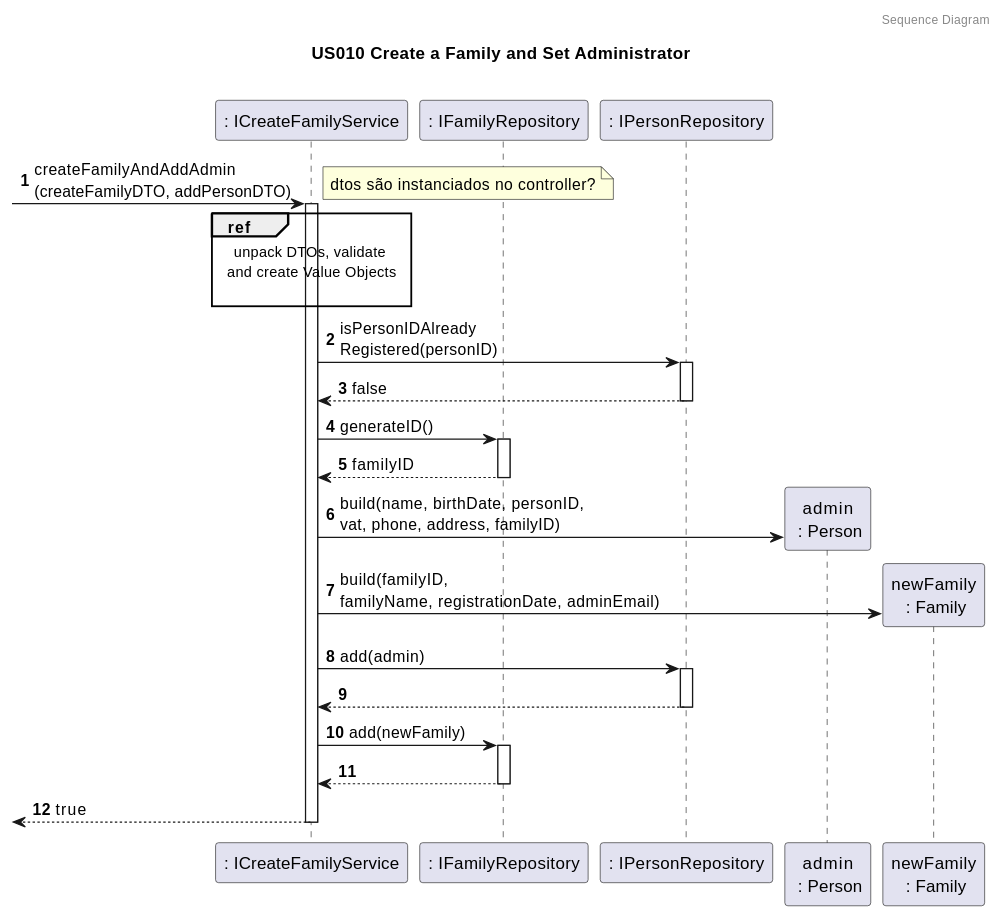
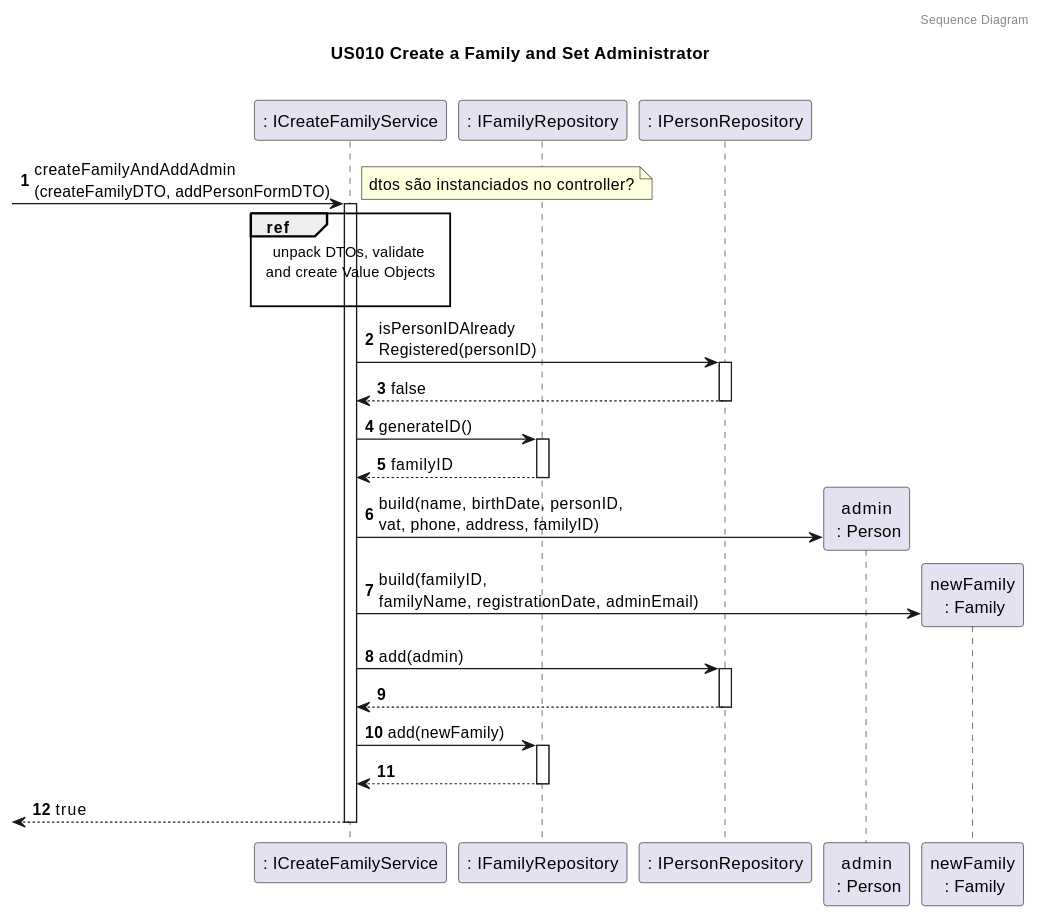
Before and after one commit to tomas-osswald/switch_2020_g3: the third of 5 diagrams in docs/sprint4/user_stories/US010_CreateAFamilyAndSetAdministrator.md, drawn with PlantUML. The commit also changed other lines of this file and 16 other files, not shown here.

`````diff
--- a/docs/sprint4/user_stories/US010_CreateAFamilyAndSetAdministrator.md
+++ b/docs/sprint4/user_stories/US010_CreateAFamilyAndSetAdministrator.md
@@ -120,51 +120,51 @@
 ````puml
 @startuml
 
 autonumber
 header Sequence Diagram
 title US010 Create a Family and Set Administrator
 
 
 participant ": ICreateFamilyService" as FamAdminService
 participant ": IFamilyRepository" as familyRepository
 participant ": IPersonRepository" as personRepository
 participant "admin\n : Person" as admin
 participant "newFamily\n : Family" as newFamily
 
 
 
 
 note left: especificar nome da instância no participant?
 
- -> FamAdminService : createFamilyAndAddAdmin\n(createFamilyDTO, addPersonDTO)
+ -> FamAdminService : createFamilyAndAddAdmin\n(createFamilyDTO, addPersonFormDTO)
 activate FamAdminService
 
 note right: dtos são instanciados no controller?
 
 ref over FamAdminService
 unpack DTOs, validate 
 and create Value Objects
 
 end ref
 
 FamAdminService -> personRepository: isPersonIDAlready\nRegistered(personID)
 activate personRepository
 return false
 FamAdminService -> familyRepository : generateID()
 activate familyRepository
 return familyID
 FamAdminService -> admin** : build(name, birthDate, personID, \nvat, phone, address, familyID)
 
 FamAdminService -> newFamily**: build(familyID, \nfamilyName, registrationDate, adminEmail)
 
 FamAdminService -> personRepository: add(admin)
 activate personRepository
 return 
 FamAdminService -> familyRepository: add(newFamily)
 activate familyRepository
 return 
 return true
  
 
 @enduml
 ````
`````
